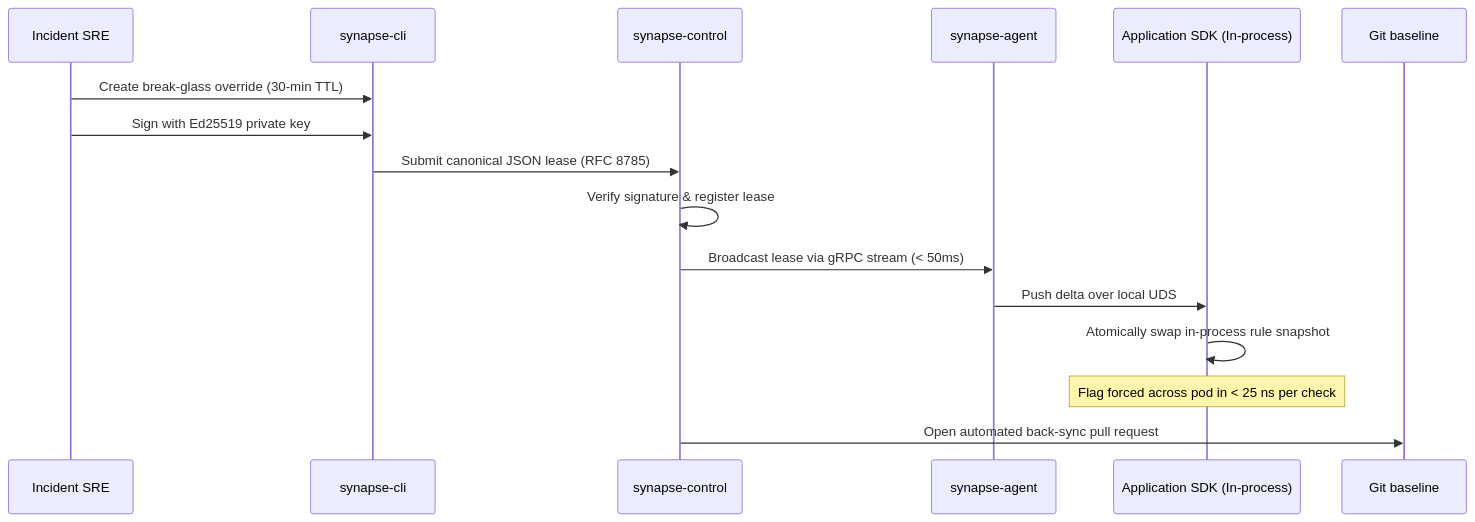
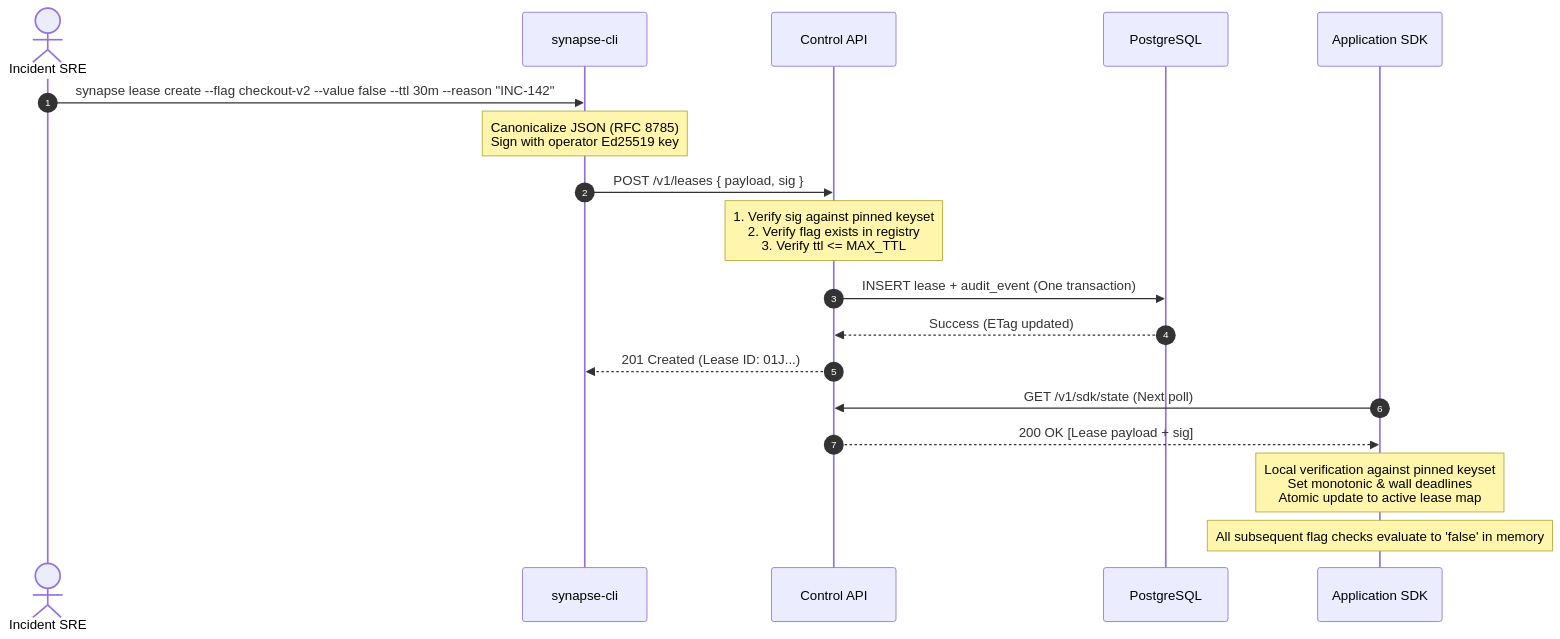
The second of 4 diagrams in docs/ARCHITECTURE.md (adityapawar112/SynapseState), drawn with Mermaid before and after one commit. The commit also changed other lines of this file and 21 other files, not shown here.

First line of the commit message:
docs: pivot architecture to OpenFeature incident-safety and lifecycle governance layer

````diff
--- a/docs/ARCHITECTURE.md
+++ b/docs/ARCHITECTURE.md
@@ -81,19 +170,22 @@
 ```mermaid
 sequenceDiagram
-    participant SRE as Incident SRE
+    autonumber
+    actor SRE as Incident SRE
     participant CLI as synapse-cli
-    participant Control as synapse-control
-    participant Agent as synapse-agent
-    participant SDK as Application SDK (In-process)
-    participant Git as Git baseline
+    participant API as Control API
+    participant PG as PostgreSQL
+    participant SDK as Application SDK
 
-    SRE->>CLI: Create break-glass override (30-min TTL)
-    SRE->>CLI: Sign with Ed25519 private key
-    CLI->>Control: Submit canonical JSON lease (RFC 8785)
-    Control->>Control: Verify signature & register lease
-    Control->>Agent: Broadcast lease via gRPC stream (< 50ms)
-    Agent->>SDK: Push delta over local UDS
-    SDK->>SDK: Atomically swap in-process rule snapshot
-    Note over SDK: Flag forced across pod in < 25 ns per check
-    Control->>Git: Open automated back-sync pull request
+    SRE->>CLI: synapse lease create --flag checkout-v2 --value false --ttl 30m --reason "INC-142"
+    Note over CLI: Canonicalize JSON (RFC 8785)<br/>Sign with operator Ed25519 key
+    CLI->>API: POST /v1/leases { payload, sig }
+    Note over API: 1. Verify sig against pinned keyset<br/>2. Verify flag exists in registry<br/>3. Verify ttl <= MAX_TTL
+    API->>PG: INSERT lease + audit_event (One transaction)
+    PG-->>API: Success (ETag updated)
+    API-->>CLI: 201 Created (Lease ID: 01J...)
+    
+    SDK->>API: GET /v1/sdk/state (Next poll)
+    API-->>SDK: 200 OK [Lease payload + sig]
+    Note over SDK: Local verification against pinned keyset<br/>Set monotonic & wall deadlines<br/>Atomic update to active lease map
+    Note over SDK: All subsequent flag checks evaluate to 'false' in memory
 ```
````
